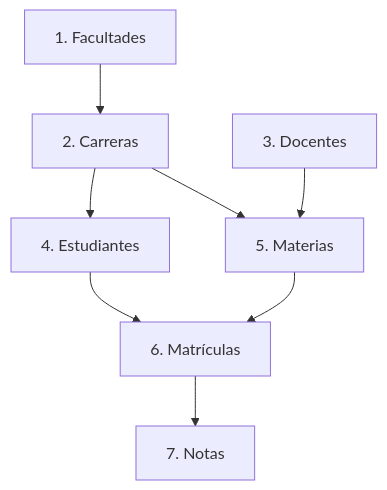
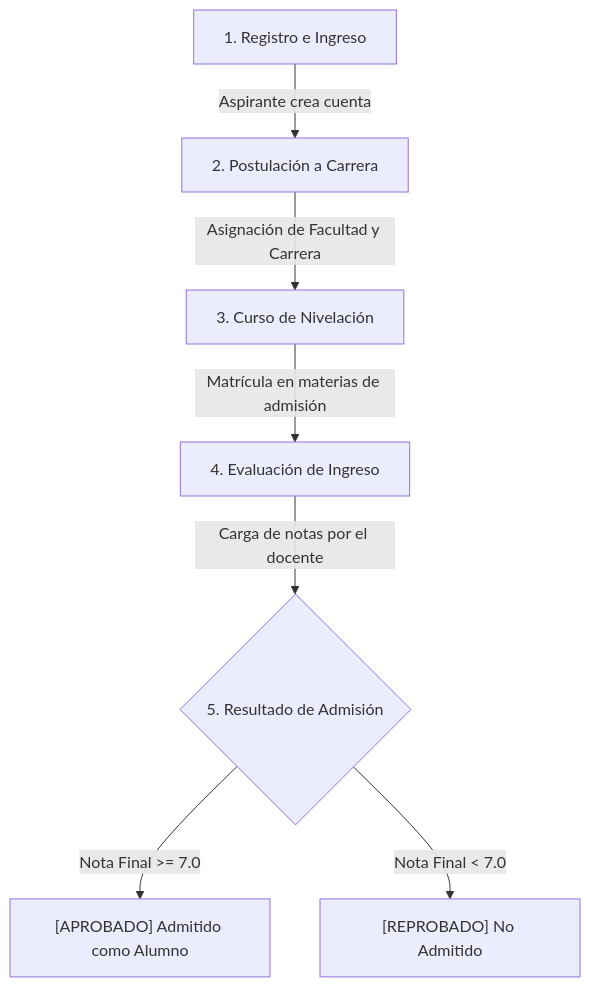
One commit to AlexMa77/Admisiones_backend changed the diagram in README.md. Above: the diagram before and after it, drawn with Mermaid. The commit also changed other lines of this file and 4 other files, not shown here.

Commit message:
Update app branding to Admisiones and reorganize README.md with admissions flow

````diff
--- a/README.md
+++ b/README.md
@@ -99,10 +20,9 @@
 ```mermaid
 graph TD
-    Facultad["1. Facultades"] --> Carrera["2. Carreras"]
-    Carrera --> Estudiante["4. Estudiantes"]
-    Carrera --> Materia["5. Materias"]
-    Docente["3. Docentes"] --> Materia
-    Estudiante --> Matricula["6. Matrículas"]
-    Materia --> Matricula
-    Matricula --> Nota["7. Notas"]
+    A["1. Registro e Ingreso"] -->|Aspirante crea cuenta| B["2. Postulación a Carrera"]
+    B -->|Asignación de Facultad y Carrera| C["3. Curso de Nivelación"]
+    C -->|Matrícula en materias de admisión| D["4. Evaluación de Ingreso"]
+    D -->|Carga de notas por el docente| E{"5. Resultado de Admisión"}
+    E -->|Nota Final >= 7.0| F["[APROBADO] Admitido como Alumno"]
+    E -->|Nota Final < 7.0| G["[REPROBADO] No Admitido"]
 ```
````
